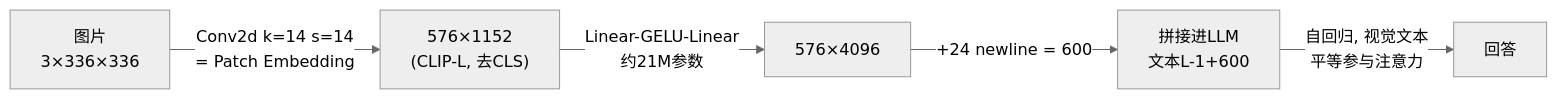
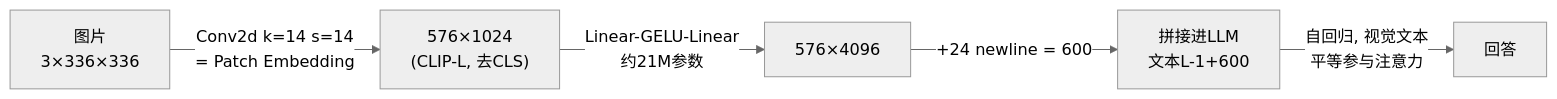
The diagram in VLM & VLA/Stage 1-VLM 基础与架构深度拆解/教程/第6周-复盘与自测验收.md (yoletPig/ObsidianLibraries), drawn with Mermaid (neutral theme) before and after one commit. The commit also changed other lines of this file and 4 other files, not shown here.

````diff
--- a/VLM & VLA/Stage 1-VLM 基础与架构深度拆解/教程/第6周-复盘与自测验收.md
+++ b/VLM & VLA/Stage 1-VLM 基础与架构深度拆解/教程/第6周-复盘与自测验收.md
@@ -121,7 +121,7 @@
 ```mermaid
 flowchart LR
-    A["图片<br/>3×336×336"] -->|"Conv2d k=14 s=14<br/>= Patch Embedding"| B["576×1152<br/>(CLIP-L, 去CLS)"]
+    A["图片<br/>3×336×336"] -->|"Conv2d k=14 s=14<br/>= Patch Embedding"| B["576×1024<br/>(CLIP-L, 去CLS)"]
     B -->|"Linear-GELU-Linear<br/>约21M参数"| C["576×4096"]
     C -->|"+24 newline = 600"| D["拼接进LLM<br/>文本L-1+600"]
     D -->|"自回归, 视觉文本<br/>平等参与注意力"| E["回答"]
 ```
````
